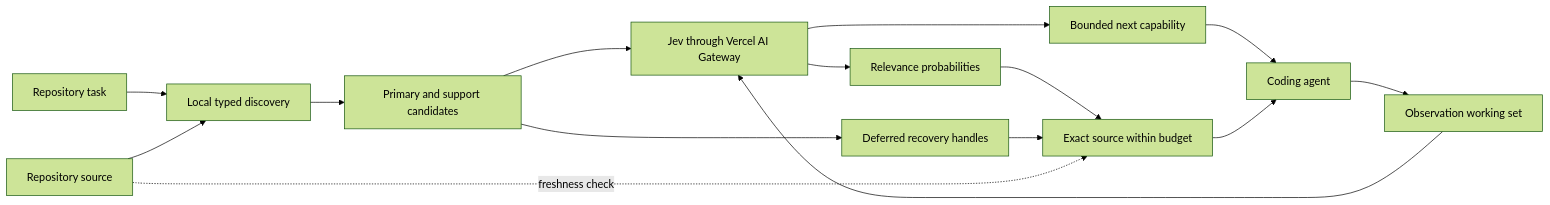
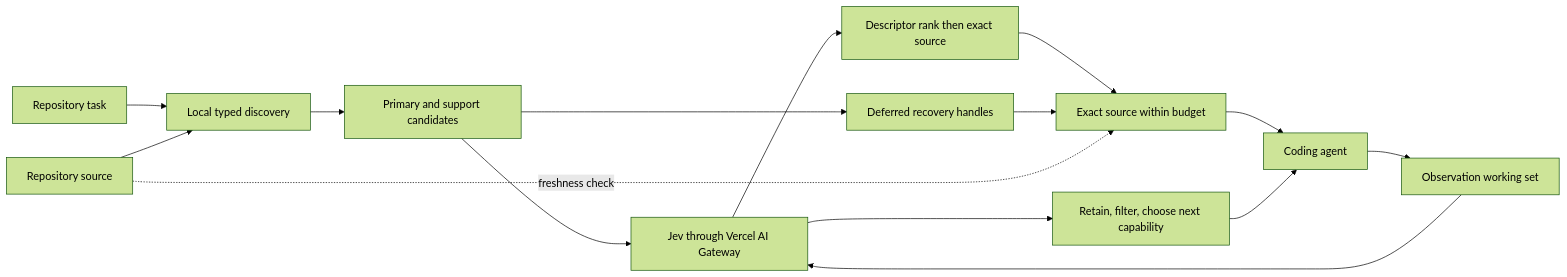
One commit to EvanGruhlkey/ContextLens changed the diagram in README.md. Above: the diagram before and after it, drawn with Mermaid (forest theme). The commit also changed other lines of this file, not shown here.

````diff
--- a/README.md
+++ b/README.md
@@ -31,17 +42,17 @@
 ```mermaid
 flowchart LR
     T["Repository task"] --> D["Local typed discovery"]
     R["Repository source"] --> D
     D --> C["Primary and support candidates"]
     C --> J["Jev through Vercel AI Gateway"]
-    J --> P["Relevance probabilities"]
+    J --> P["Descriptor rank then exact source"]
     P --> E["Exact source within budget"]
-    A --> S["Observation working set"]
-    S --> J
-    J --> N["Bounded next capability"]
+    E --> A["Coding agent"]
+    A --> O["Observation working set"]
+    O --> J
+    J --> N["Retain, filter, choose next capability"]
     N --> A
     C --> H["Deferred recovery handles"]
     H --> E
-    E --> A["Coding agent"]
     R -. "freshness check" .-> E
 ```
````
